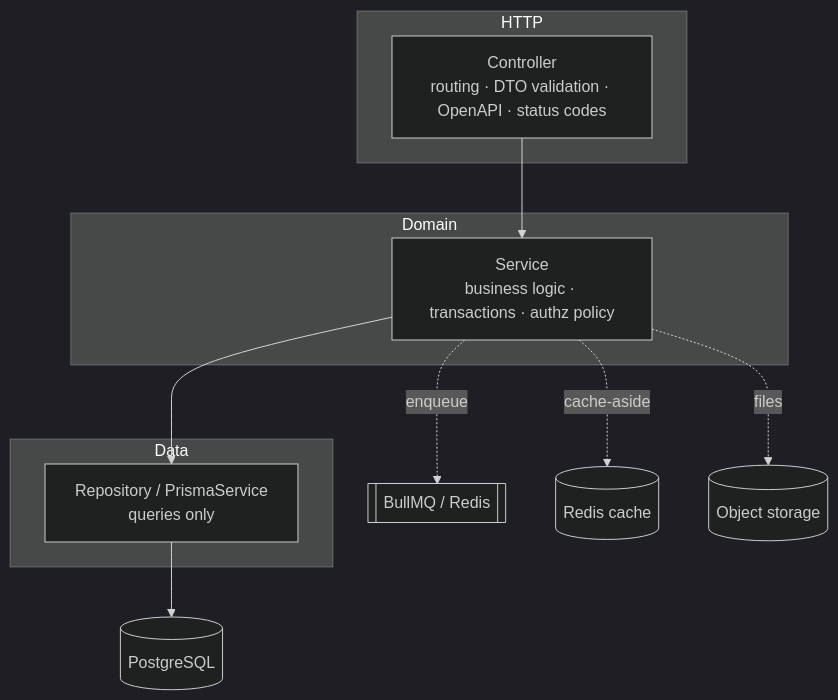
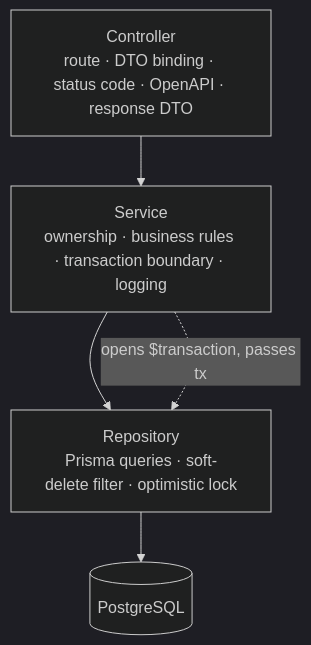
Before and after one commit to HuttonHomeHub/WorkHub: the first of 2 diagrams in docs/BACKEND_ARCHITECTURE.md, drawn with Mermaid (dark theme). The commit also changed other lines of this file and 29 other files, not shown here.

````diff
--- a/docs/BACKEND_ARCHITECTURE.md
+++ b/docs/BACKEND_ARCHITECTURE.md
@@ -26,17 +46,9 @@
 ```mermaid
 flowchart TD
-  subgraph HTTP
-    C[Controller<br/>routing · DTO validation · OpenAPI · status codes]
-  end
-  subgraph Domain
-    S[Service<br/>business logic · transactions · authz policy]
-  end
-  subgraph Data
-    R[Repository / PrismaService<br/>queries only]
-  end
+  C["Controller<br/>route · DTO binding · status code · OpenAPI · response DTO"]
+  S["Service<br/>ownership · business rules · transaction boundary · logging"]
+  R["Repository<br/>Prisma queries · soft-delete filter · optimistic lock"]
   DB[(PostgreSQL)]
   C --> S --> R --> DB
-  S -. enqueue .-> Q[[BullMQ / Redis]]
-  S -. cache-aside .-> K[(Redis cache)]
-  S -. files .-> O[(Object storage)]
+  S -. "opens $transaction, passes tx" .-> R
 ```
````
